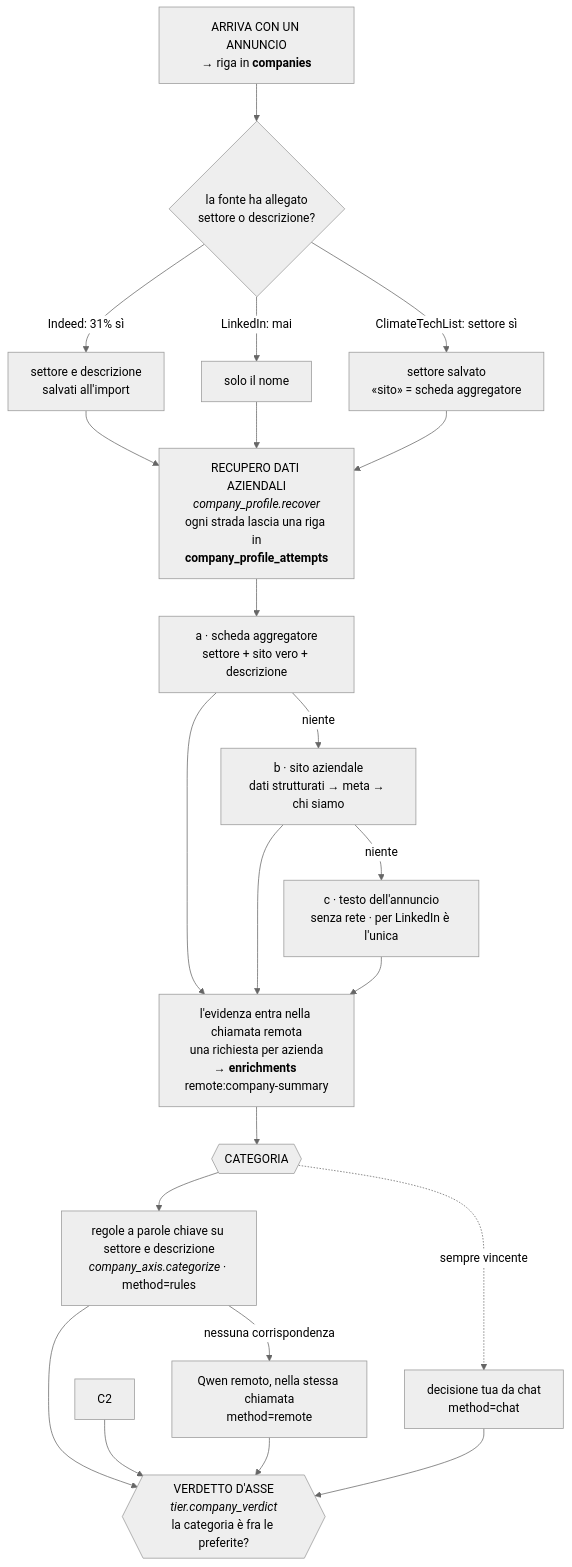
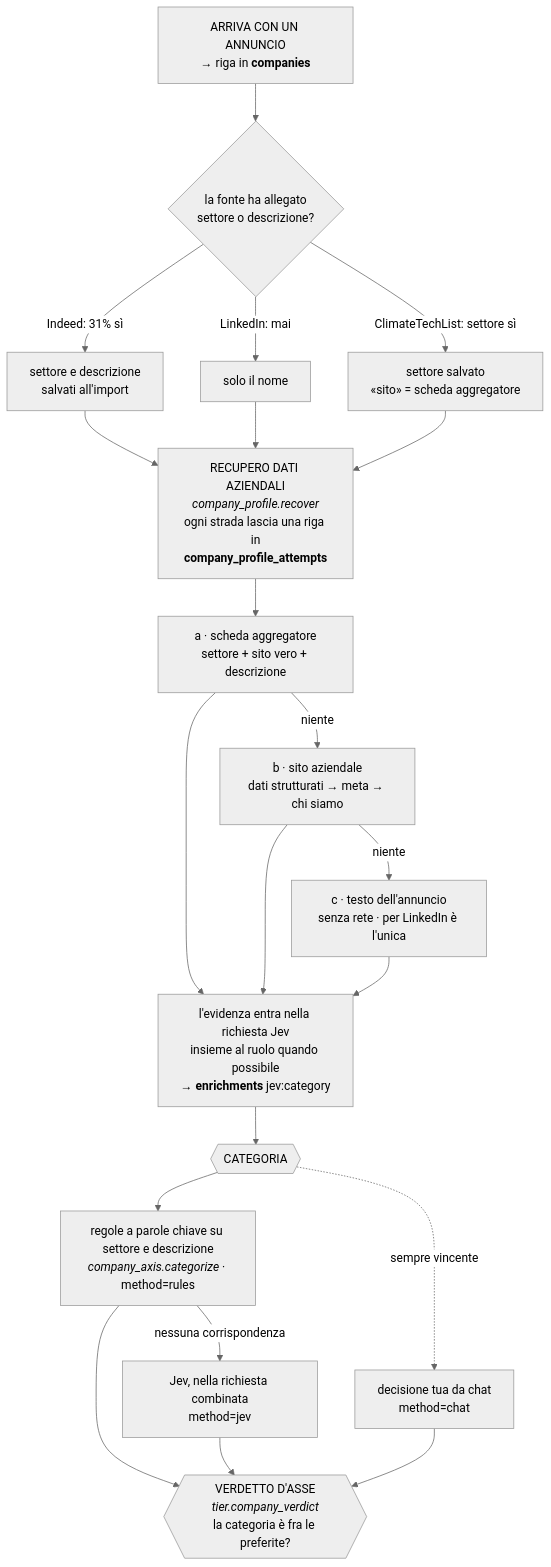
The third of 4 diagrams in docs/pipeline-completa.md (ettoremodina/JobHunter), drawn with Mermaid (neutral theme) before and after one commit. The commit also changed other lines of this file and 25 other files, not shown here.

````diff
--- a/docs/pipeline-completa.md
+++ b/docs/pipeline-completa.md
@@ -115,32 +130,31 @@
 ```mermaid
 flowchart TD
     I["ARRIVA CON UN ANNUNCIO<br/>→ riga in <b>companies</b>"] --> F{"la fonte ha allegato<br/>settore o descrizione?"}
     F -->|"Indeed: 31% sì"| H1["settore e descrizione<br/>salvati all'import"]
     F -->|"LinkedIn: mai"| H2["solo il nome"]
     F -->|"ClimateTechList: settore sì"| H3["settore salvato<br/>«sito» = scheda aggregatore"]
 
     H1 --> P
     H2 --> P
     H3 --> P
 
     P["RECUPERO DATI AZIENDALI<br/><i>company_profile.recover</i><br/>ogni strada lascia una riga in<br/><b>company_profile_attempts</b>"]
     P --> P1["a · scheda aggregatore<br/>settore + sito vero + descrizione"]
     P1 -->|"niente"| P2["b · sito aziendale<br/>dati strutturati → meta → chi siamo"]
     P2 -->|"niente"| P3["c · testo dell'annuncio<br/>senza rete · per LinkedIn è l'unica"]
 
     P1 --> RW
     P2 --> RW
     P3 --> RW
-    RW["l'evidenza entra nella chiamata remota<br/>una richiesta per azienda<br/>→ <b>enrichments</b> remote:company-summary"]
+    RW["l'evidenza entra nella richiesta Jev<br/>insieme al ruolo quando possibile<br/>→ <b>enrichments</b> jev:category"]
 
     RW --> CAT{{"CATEGORIA"}}
     CAT --> C1["regole a parole chiave su settore e descrizione<br/><i>company_axis.categorize</i> · method=rules"]
-    C1 -->|"nessuna corrispondenza"| C3["Qwen remoto, nella stessa chiamata<br/>method=remote"]
+    C1 -->|"nessuna corrispondenza"| C3["Jev, nella richiesta combinata<br/>method=jev"]
     CAT -.->|"sempre vincente"| C4["decisione tua da chat<br/>method=chat"]
 
     C1 --> V
-    C2 --> V
     C3 --> V
     C4 --> V
     V{{"VERDETTO D'ASSE<br/><i>tier.company_verdict</i><br/>la categoria è fra le preferite?"}}
 ```
````
